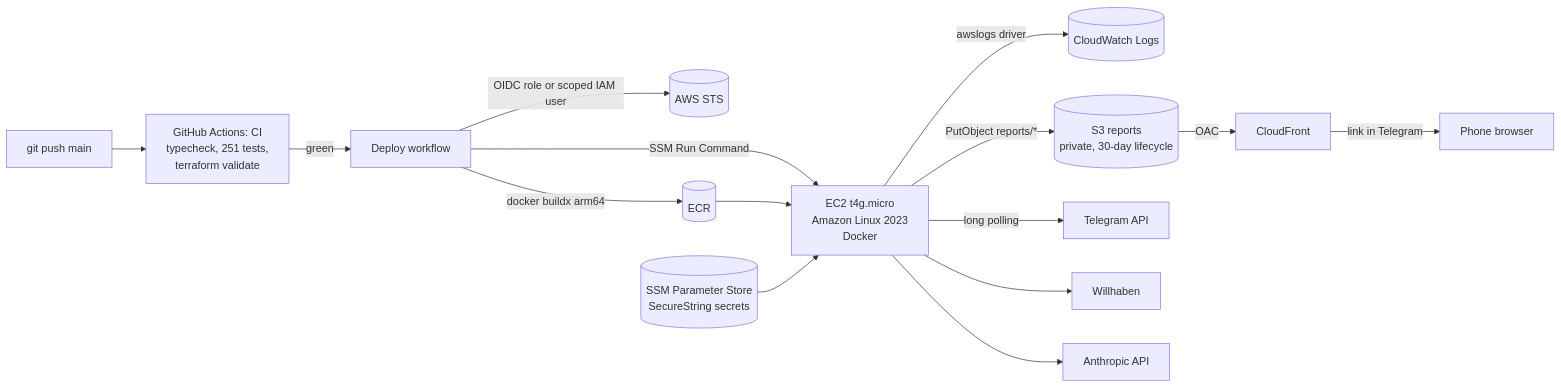
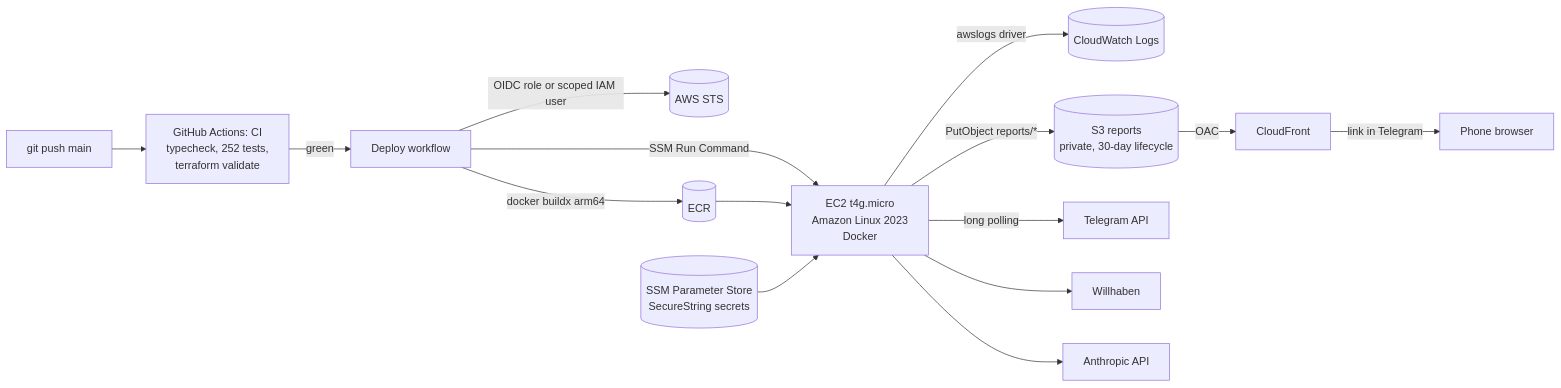
The diagram in docs/aws.md (IvanSytnik/dealradar), drawn with Mermaid before and after one commit. The commit also changed 2 other files, not shown here.

Commit message:
fix(kleinanzeigen): treat a parsed page of 20+ as full
A full results page parses to 23-24 listings once wanted and repeated promoted
ads are dropped (probed live from home and from the AWS server, 2026-10-11).
With pageSize 25 every page looked like the last one, so market analysis and
catch-up never fetched page 2.

````diff
--- a/docs/aws.md
+++ b/docs/aws.md
@@ -6,16 +6,16 @@
 ```mermaid
 flowchart LR
-  dev[git push main] --> ci[GitHub Actions: CI<br/>typecheck, 251 tests,<br/>terraform validate]
+  dev[git push main] --> ci[GitHub Actions: CI<br/>typecheck, 252 tests,<br/>terraform validate]
   ci -->|green| cd[Deploy workflow]
   cd -->|OIDC role or scoped IAM user| sts[(AWS STS)]
   cd -->|docker buildx arm64| ecr[(ECR)]
   cd -->|SSM Run Command| ec2[EC2 t4g.micro<br/>Amazon Linux 2023<br/>Docker]
   ecr --> ec2
   ssm[(SSM Parameter Store<br/>SecureString secrets)] --> ec2
   ec2 -->|awslogs driver| cw[(CloudWatch Logs)]
   ec2 -->|PutObject reports/*| s3[(S3 reports<br/>private, 30-day lifecycle)]
   s3 -->|OAC| cf[CloudFront] -->|link in Telegram| user[Phone browser]
   ec2 -->|long polling| tg[Telegram API]
   ec2 --> wh[Willhaben]
   ec2 --> ai[Anthropic API]
 ```
````
